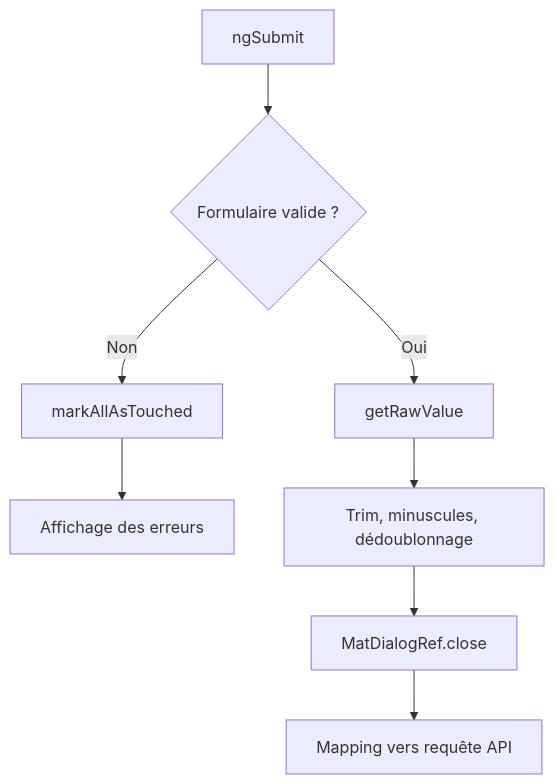
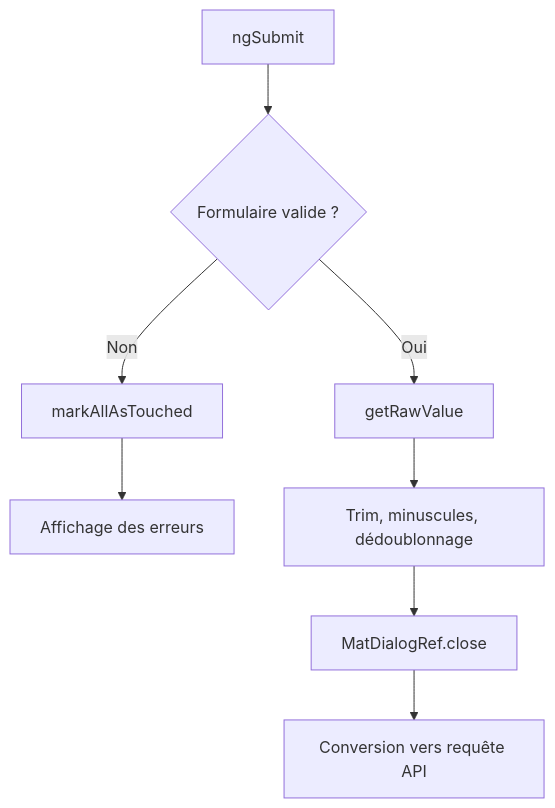
One commit to senadalmeidapro/test-angular changed the diagram in docs/06-formulaires.md. Above: the diagram before and after it, drawn with Mermaid. The commit also changed other lines of this file and 53 other files, not shown here.

````diff
--- a/docs/06-formulaires.md
+++ b/docs/06-formulaires.md
@@ -126,10 +213,10 @@
 ```mermaid
 flowchart TD
   Submit[ngSubmit] --> Invalid{Formulaire valide ?}
   Invalid -- Non --> Touched[markAllAsTouched]
   Touched --> Errors[Affichage des erreurs]
   Invalid -- Oui --> Raw[getRawValue]
   Raw --> Normalize[Trim, minuscules, dédoublonnage]
   Normalize --> Close[MatDialogRef.close]
-  Close --> Mapping[Mapping vers requête API]
+  Close --> Mapping[Conversion vers requête API]
 ```
````
